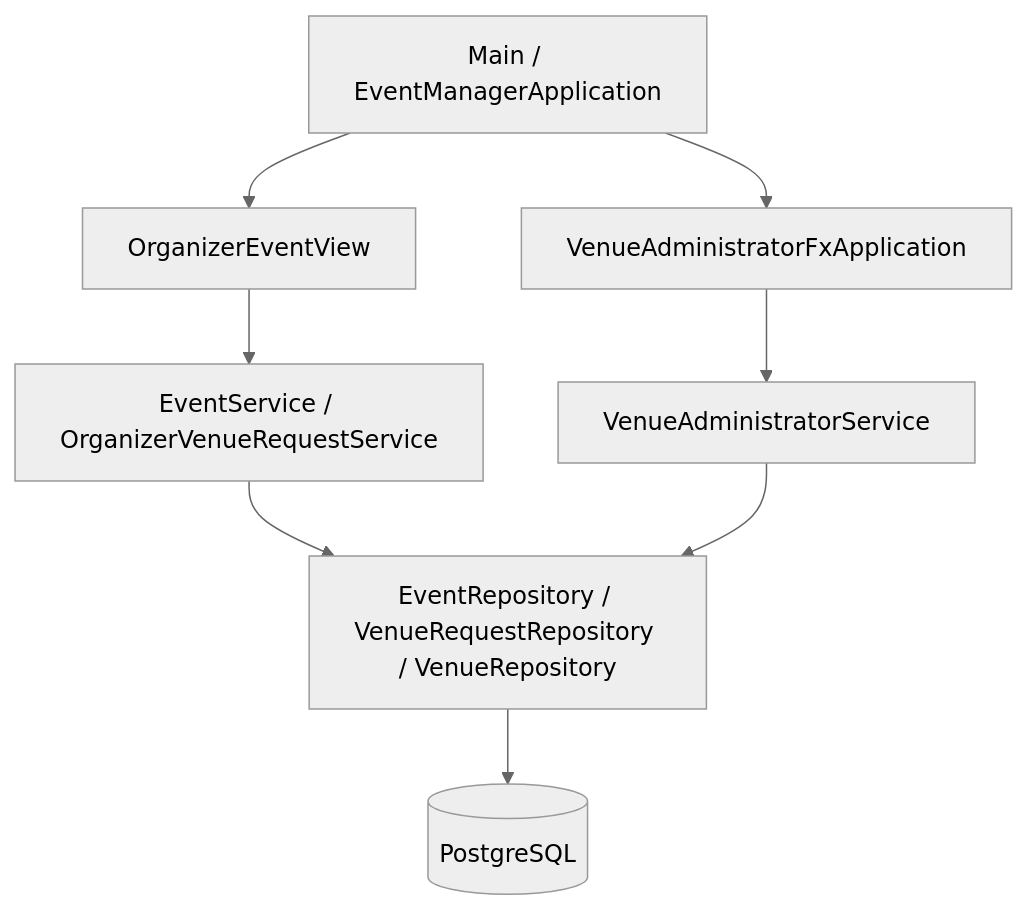
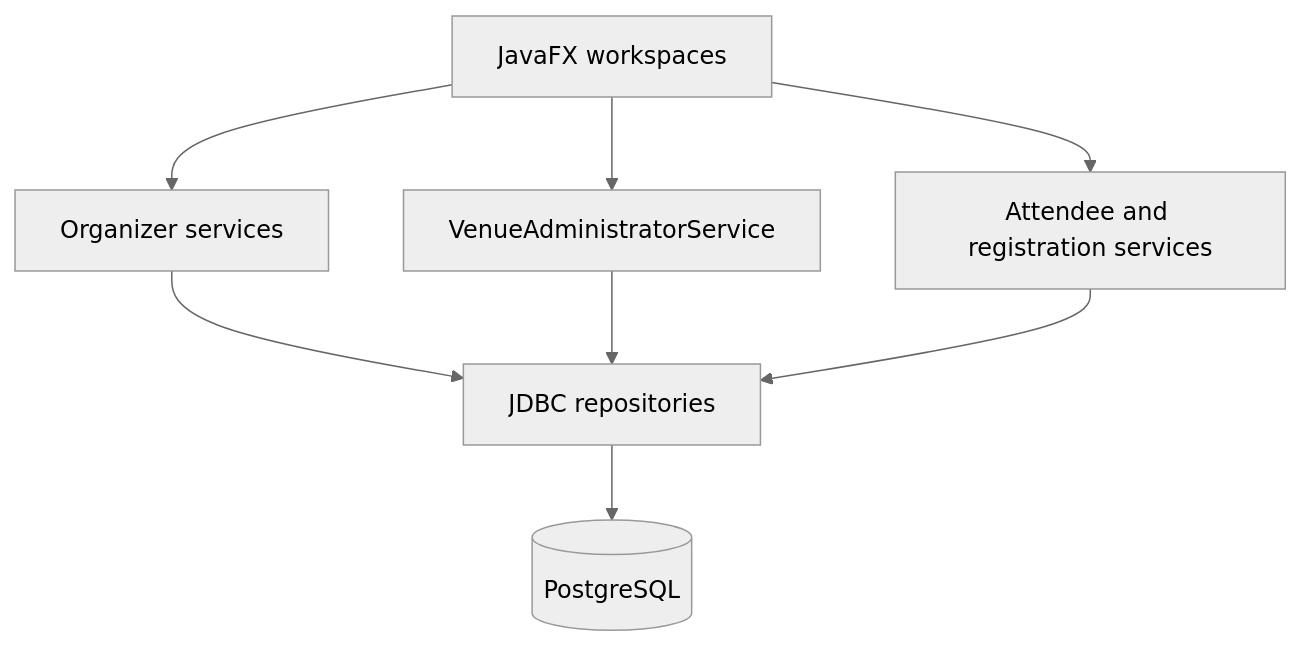
One commit to CS3227-2610-MP2-Orbit/CS3227-2610-MP2 changed the first of 2 diagrams in docs/DeveloperGuide.md. Above: the diagram before and after it, drawn with Mermaid (neutral theme). The commit also changed other lines of this file and 3 other files, not shown here.

````diff
--- a/docs/DeveloperGuide.md
+++ b/docs/DeveloperGuide.md
@@ -48,18 +47,17 @@
 ```mermaid
 flowchart TB
-  Main[Main / EventManagerApplication]
-  OrgUI[OrganizerEventView]
-  AdminUI[VenueAdministratorFxApplication]
-  OrgSvc[EventService / OrganizerVenueRequestService]
-  AdminSvc[VenueAdministratorService]
-  Repos[EventRepository / VenueRequestRepository / VenueRepository]
+  UI[JavaFX workspaces]
+  Org[Organizer services]
+  Admin[VenueAdministratorService]
+  Att[Attendee and registration services]
+  Store[JDBC repositories]
   DB[(PostgreSQL)]
 
-  Main --> OrgUI
-  Main --> AdminUI
-  OrgUI --> OrgSvc
-  AdminUI --> AdminSvc
-  OrgSvc --> Repos
-  AdminSvc --> Repos
-  Repos --> DB
+  UI --> Org
+  UI --> Admin
+  UI --> Att
+  Org --> Store
+  Admin --> Store
+  Att --> Store
+  Store --> DB
 ```
````
